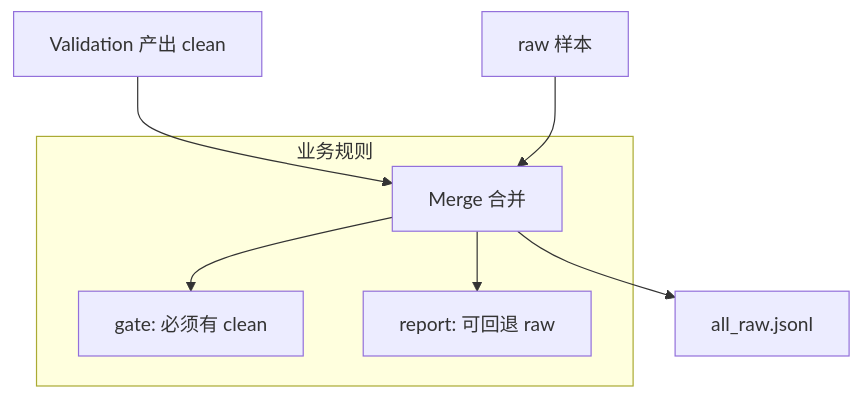
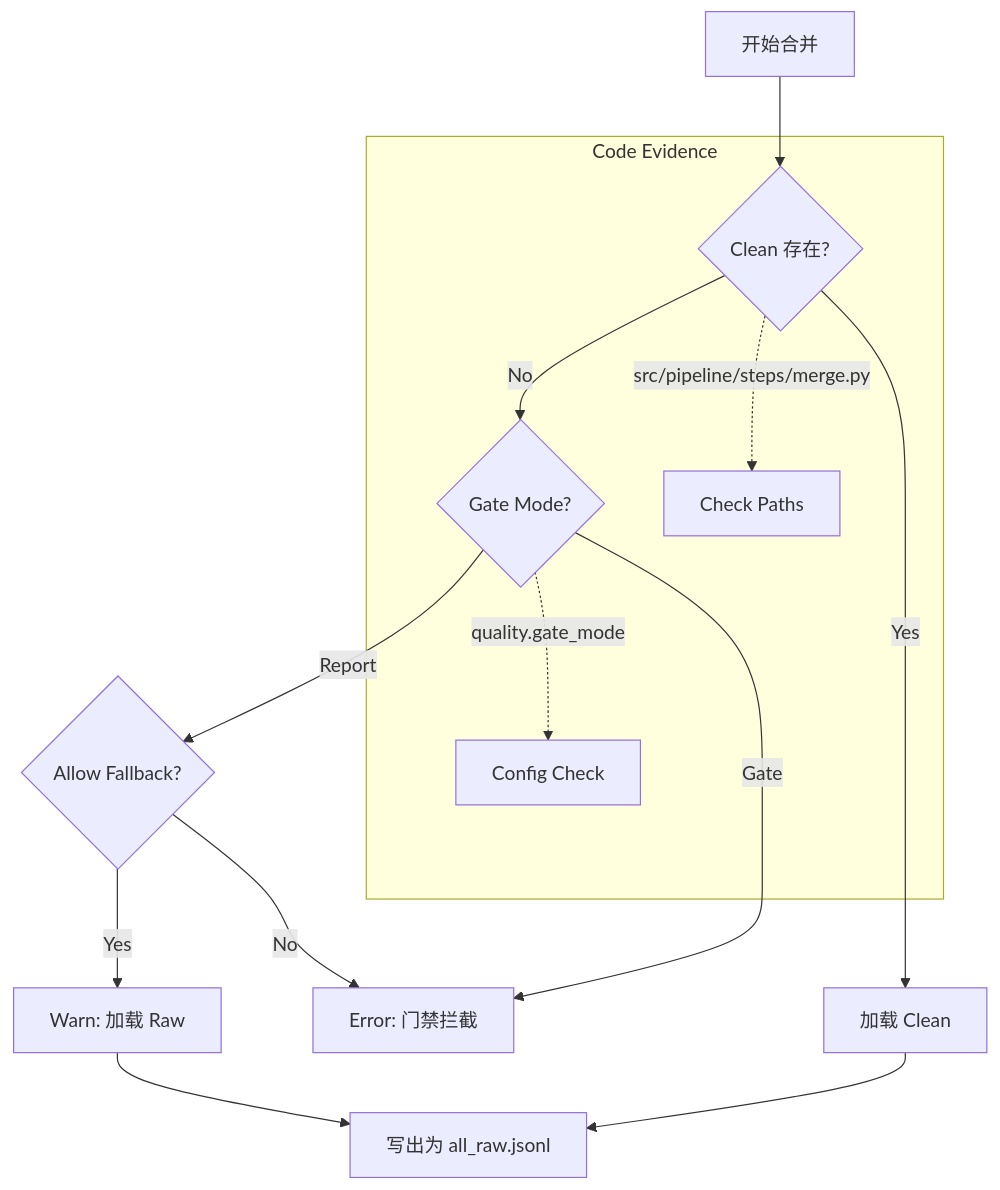
One commit to FlutteryEmbers/intelligent_code changed the diagram in docs/features/04_pipeline/merge_gate.md. Above: the diagram before and after it, drawn with Mermaid. The commit also changed other lines of this file and 8 other files, not shown here.

````diff
--- a/docs/features/04_pipeline/merge_gate.md
+++ b/docs/features/04_pipeline/merge_gate.md
@@ -33,11 +54,16 @@
 ```mermaid
 flowchart TD
-  A[Validation 产出 clean] --> B[Merge 合并]
-  C[raw 样本] --> B
-  B --> D[all_raw.jsonl]
+  A[开始合并] --> B{Clean 存在?}
+  B -- Yes --> C[加载 Clean]
+  B -- No --> D{Gate Mode?}
+  D -- Gate --> E[Error: 门禁拦截]
+  D -- Report --> F{Allow Fallback?}
+  F -- Yes --> G[Warn: 加载 Raw]
+  F -- No --> E
+  C & G --> H[写出为 all_raw.jsonl]
 
-  subgraph 业务规则
-    B --> B1[gate: 必须有 clean]
-    B --> B2[report: 可回退 raw]
+  subgraph Code Evidence
+    B -.-> |src/pipeline/steps/merge.py| logic[Check Paths]
+    D -.-> |quality.gate_mode| config[Config Check]
   end
 ```
````
